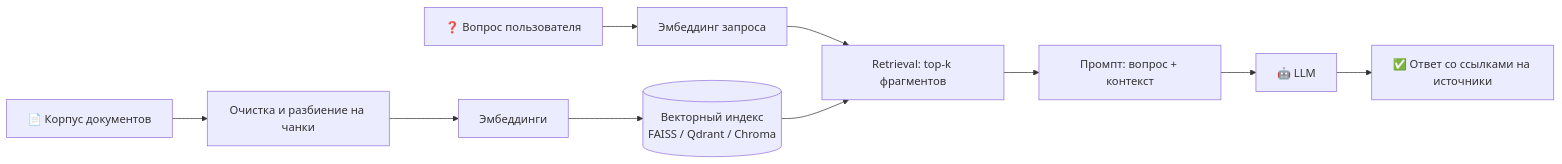
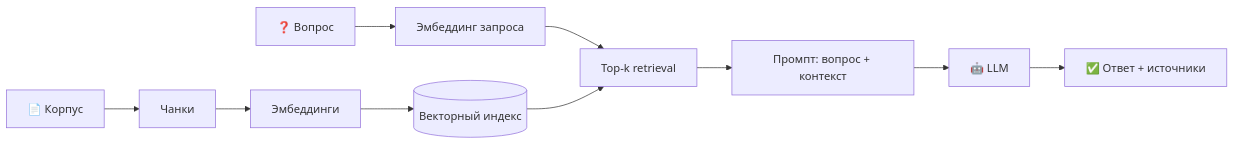
One commit to montclere/hse-year-project-2026 changed the first of 2 diagrams in README.md. Above: the diagram before and after it, drawn with Mermaid. The commit also changed other lines of this file, not shown here.

````diff
--- a/README.md
+++ b/README.md
@@ -82,12 +79,12 @@
 ```mermaid
 flowchart LR
-    A[📄 Корпус документов] --> B[Очистка и разбиение на чанки]
+    A[📄 Корпус] --> B[Чанки]
     B --> C[Эмбеддинги]
-    C --> D[(Векторный индекс<br/>FAISS / Qdrant / Chroma)]
-    Q[❓ Вопрос пользователя] --> E[Эмбеддинг запроса]
-    E --> F[Retrieval: top-k фрагментов]
+    C --> D[(Векторный индекс)]
+    Q[❓ Вопрос] --> E[Эмбеддинг запроса]
+    E --> F[Top-k retrieval]
     D --> F
     F --> G[Промпт: вопрос + контекст]
     G --> H[🤖 LLM]
-    H --> I[✅ Ответ со ссылками на источники]
+    H --> I[✅ Ответ + источники]
 ```
````
